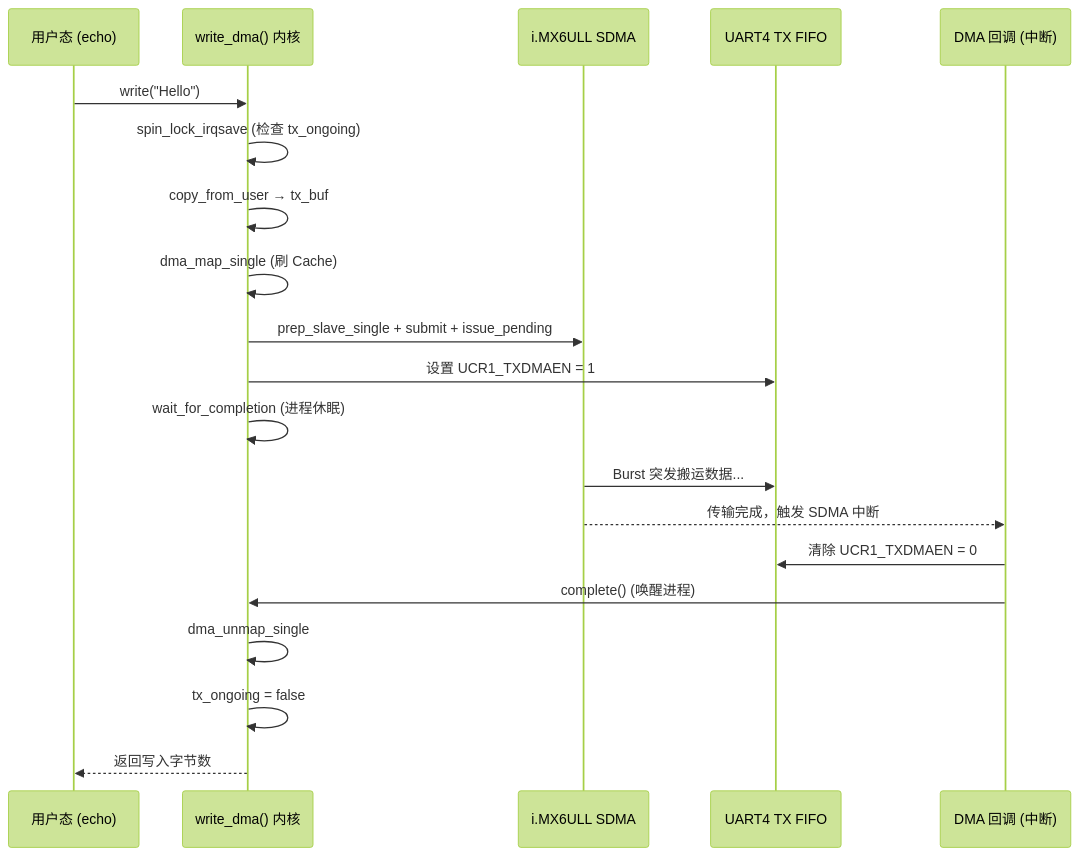
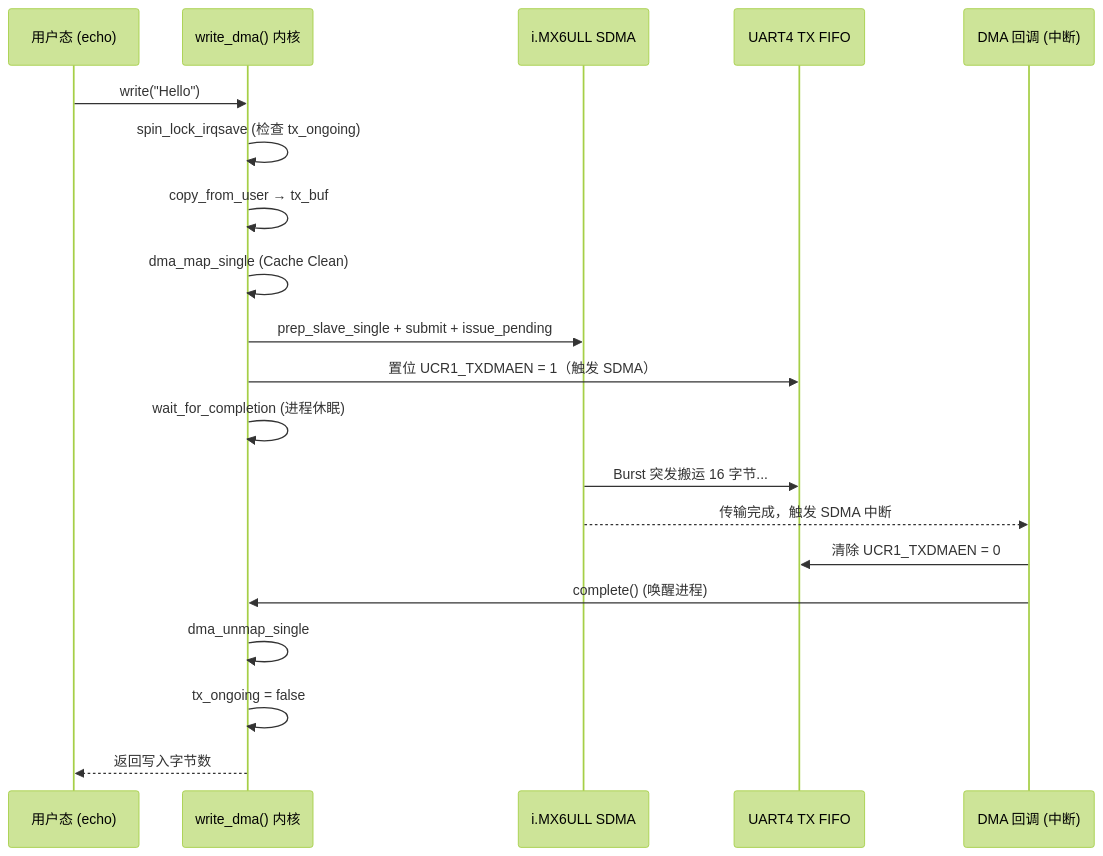
The second of 3 diagrams in Bootlin-实验总结.md (2549227674/linux-kernel-driver-labs), drawn with Mermaid (forest theme) before and after one commit. The commit also changed other lines of this file, not shown here.

````diff
--- a/Bootlin-实验总结.md
+++ b/Bootlin-实验总结.md
@@ -473,25 +844,25 @@
 ```mermaid
 sequenceDiagram
     participant User as 用户态 (echo)
     participant K as write_dma() 内核
     participant SDMA as i.MX6ULL SDMA
     participant UART as UART4 TX FIFO
     participant CB as DMA 回调 (中断)
 
     User->>K: write("Hello")
     K->>K: spin_lock_irqsave (检查 tx_ongoing)
     K->>K: copy_from_user → tx_buf
-    K->>K: dma_map_single (刷 Cache)
+    K->>K: dma_map_single (Cache Clean)
     K->>SDMA: prep_slave_single + submit + issue_pending
-    K->>UART: 设置 UCR1_TXDMAEN = 1
+    K->>UART: 置位 UCR1_TXDMAEN = 1（触发 SDMA）
     K->>K: wait_for_completion (进程休眠)
 
-    SDMA->>UART: Burst 突发搬运数据...
+    SDMA->>UART: Burst 突发搬运 16 字节...
 
     SDMA-->>CB: 传输完成，触发 SDMA 中断
     CB->>UART: 清除 UCR1_TXDMAEN = 0
     CB->>K: complete() (唤醒进程)
     K->>K: dma_unmap_single
     K->>K: tx_ongoing = false
     K-->>User: 返回写入字节数
 ```
````
